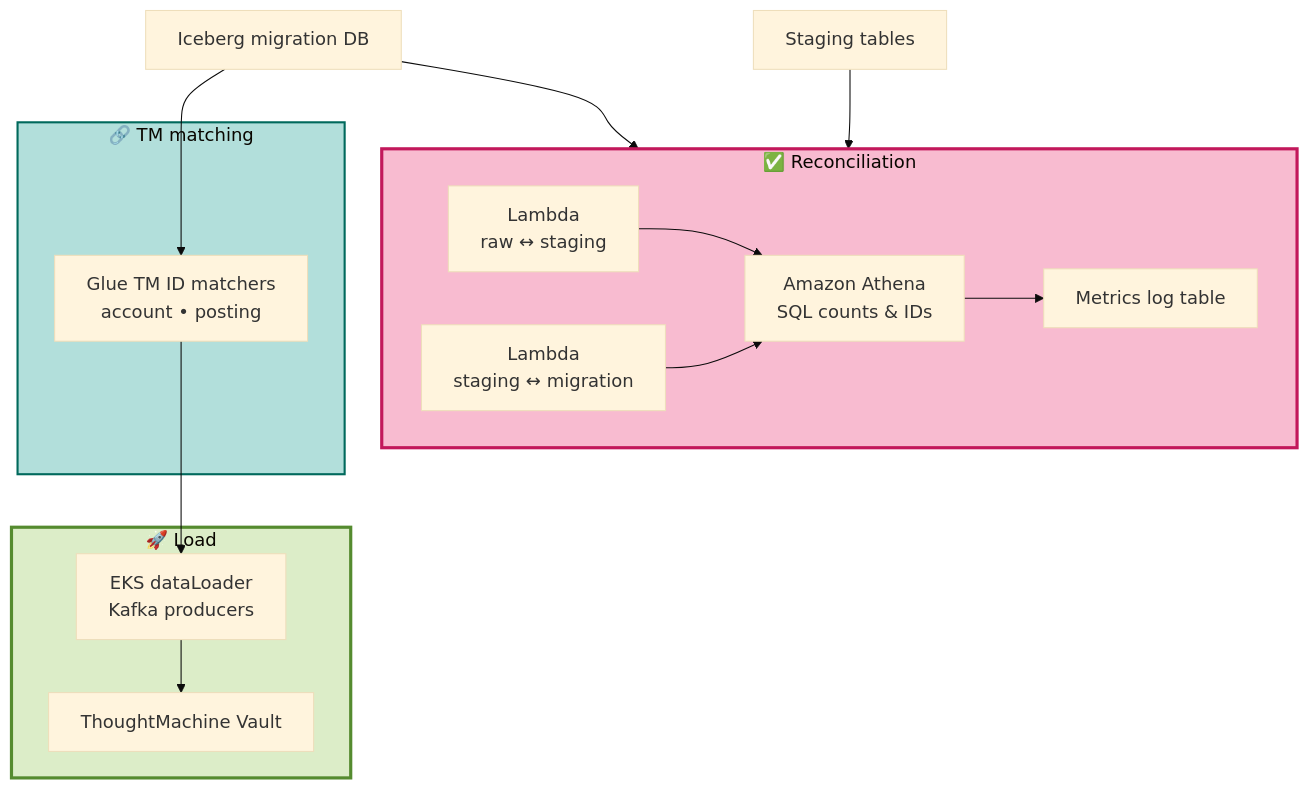
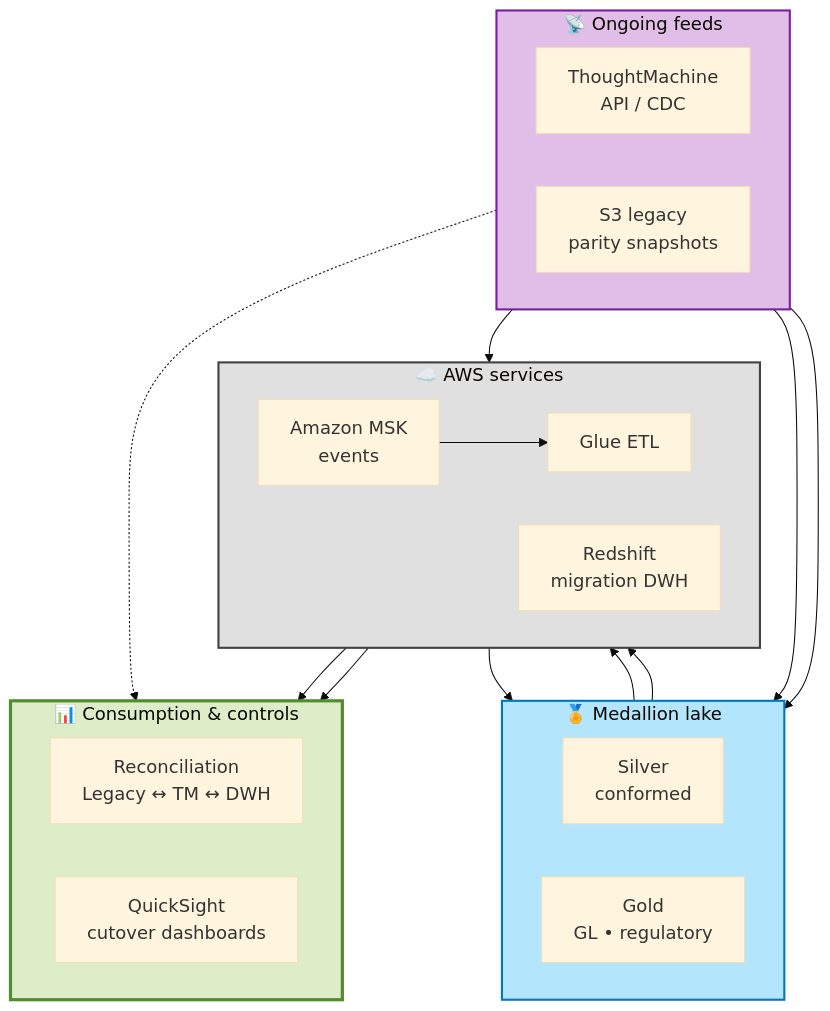
Before and after one commit to willtran112358/gft-cloud-data-migration-framework: the fourth of 4 diagrams in README.md, drawn with Mermaid. The commit also changed other lines of this file and 2 other files, not shown here.

Commit message:
Restore APAC-centric architecture, remove zip and sequence diagram

````diff
--- a/README.md
+++ b/README.md
@@ -134,29 +119,41 @@
 ```mermaid
 %%{init: {'theme': 'base', 'themeVariables': {'fontSize': '17px'}}}%%
 flowchart TD
-    subgraph RECON["✅ Reconciliation"]
+    subgraph SOURCES["📡 Ongoing feeds"]
         direction LR
-        L1["Lambda<br/>raw ↔ staging"]
-        L2["Lambda<br/>staging ↔ migration"]
-        ATH["Amazon Athena<br/>SQL counts & IDs"]
-        LOG["Metrics log table"]
+        TMAPI["ThoughtMachine<br/>API / CDC"]
+        LEG["S3 legacy<br/>parity snapshots"]
     end
 
-    subgraph MATCH["🔗 TM matching"]
-        JM["Glue TM ID matchers<br/>account • posting"]
+    subgraph LAKE["🏅 Medallion lake"]
+        direction LR
+        SIL["Silver<br/>conformed"]
+        GLD["Gold<br/>GL • regulatory"]
     end
 
-    subgraph LOAD["🚀 Load"]
-        EKS["EKS dataLoader<br/>Kafka producers"]
-        TM["ThoughtMachine Vault"]
+    subgraph AWS["☁️ AWS services"]
+        direction LR
+        MSK["Amazon MSK<br/>events"]
+        GL["Glue ETL"]
+        RS["Redshift<br/>migration DWH"]
     end
 
-    ICE["Iceberg migration DB"] --> L2
-    STG2["Staging tables"] --> L1
-    L1 & L2 --> ATH --> LOG
-    ICE --> JM --> EKS --> TM
+    subgraph OUT["📊 Consumption & controls"]
+        direction LR
+        RECON["Reconciliation<br/>Legacy ↔ TM ↔ DWH"]
+        QS["QuickSight<br/>cutover dashboards"]
+    end
 
-    style RECON fill:#F8BBD0,stroke:#C2185B,stroke-width:3px
-    style MATCH fill:#B2DFDB,stroke:#00695C,stroke-width:2px
-    style LOAD fill:#DCEDC8,stroke:#558B2F,stroke-width:3px
+    TMAPI --> MSK
+    TMAPI --> SIL
+    LEG --> SIL
+    MSK --> GL
+    SIL --> GL --> GLD --> RS
+    RS --> RECON & QS
+    TMAPI -.-> RECON
+
+    style SOURCES fill:#E1BEE7,stroke:#7B1FA2,stroke-width:2px
+    style LAKE fill:#B3E5FC,stroke:#0277BD,stroke-width:2px
+    style AWS fill:#E0E0E0,stroke:#424242,stroke-width:2px
+    style OUT fill:#DCEDC8,stroke:#558B2F,stroke-width:3px
 ```
````
